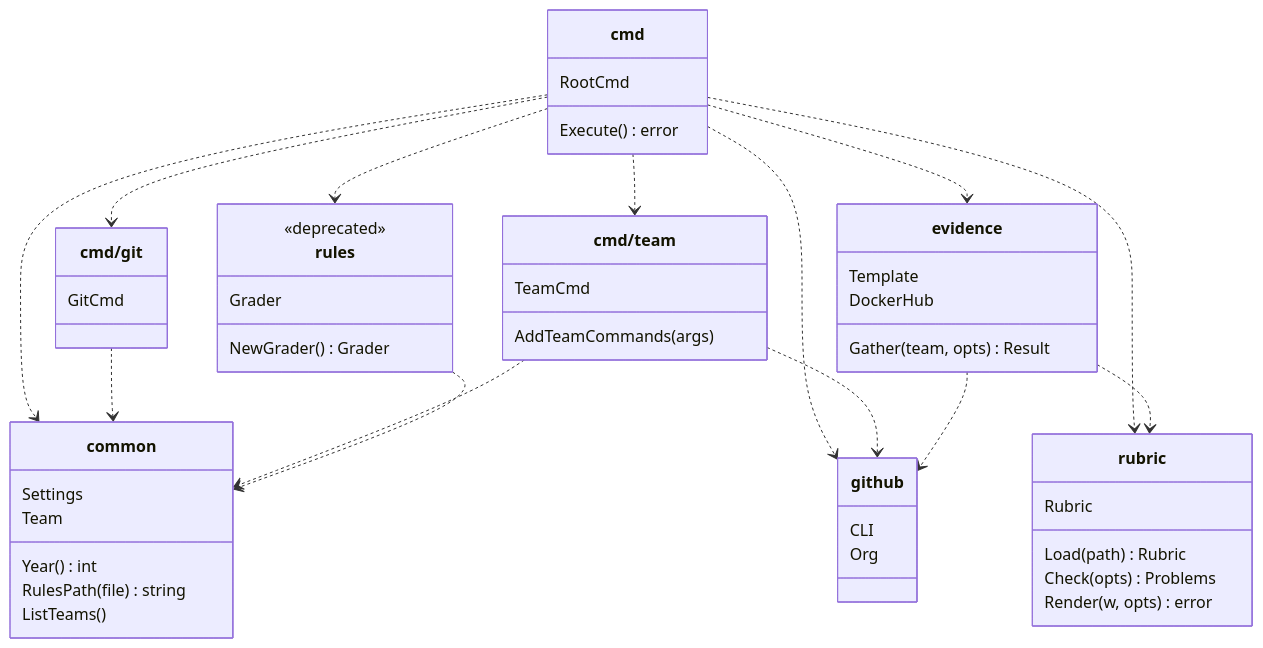
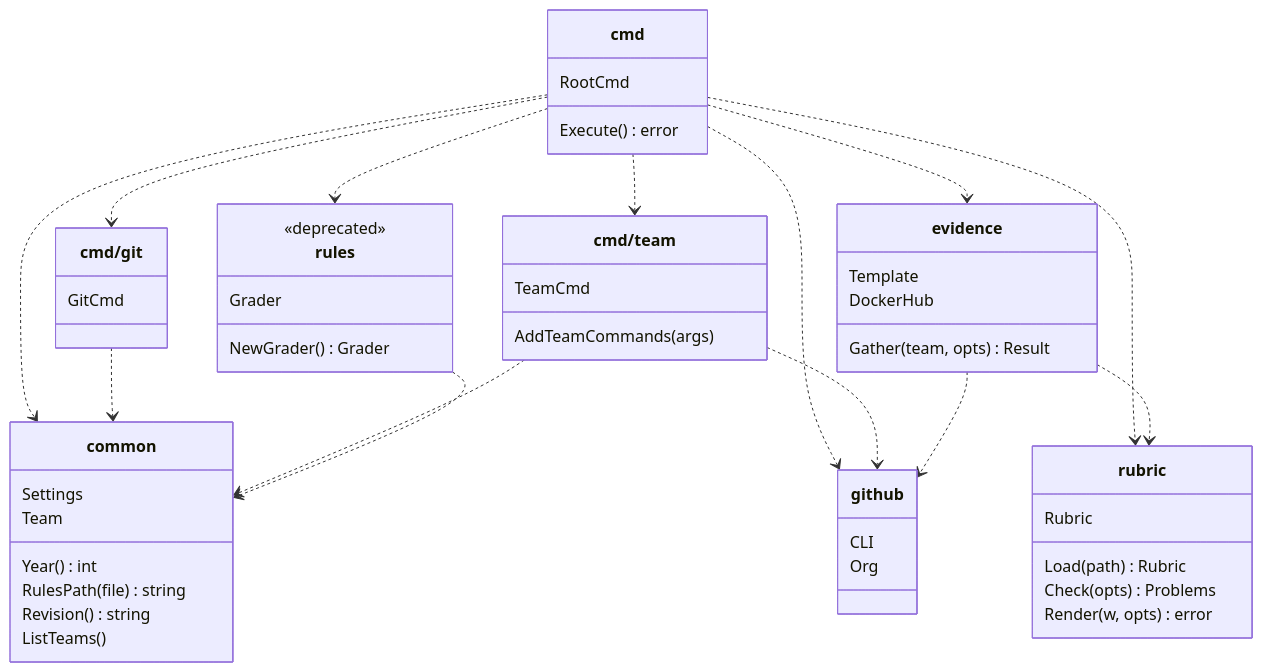
The diagram in CONTRIBUTING.md (mincong-classroom/mc), drawn with Mermaid before and after one commit. The commit also changed other lines of this file and 12 other files, not shown here.

````diff
--- a/CONTRIBUTING.md
+++ b/CONTRIBUTING.md
@@ -9,55 +9,56 @@
 ```mermaid
 classDiagram
     direction TB
     class cmd {
         RootCmd
         Execute() error
     }
     class cmd_git["cmd/git"] {
         GitCmd
     }
     class cmd_team["cmd/team"] {
         TeamCmd
         AddTeamCommands(args)
     }
     class rules {
         <<deprecated>>
         Grader
         NewGrader() Grader
     }
     class common {
         Settings
         Team
         Year() int
         RulesPath(file) string
+        Revision() string
         ListTeams()
     }
     class github {
         CLI
         Org
     }
     class rubric {
         Rubric
         Load(path) Rubric
         Check(opts) Problems
         Render(w, opts) error
     }
     class evidence {
         Gather(team, opts) Result
         Template
         DockerHub
     }
     cmd ..> cmd_git
     cmd ..> cmd_team
     cmd ..> rules
     cmd ..> common
     cmd ..> evidence
     cmd ..> github
     cmd ..> rubric
     cmd_git ..> common
     cmd_team ..> common
     cmd_team ..> github
     rules ..> common
     evidence ..> github
     evidence ..> rubric
 ```
````
